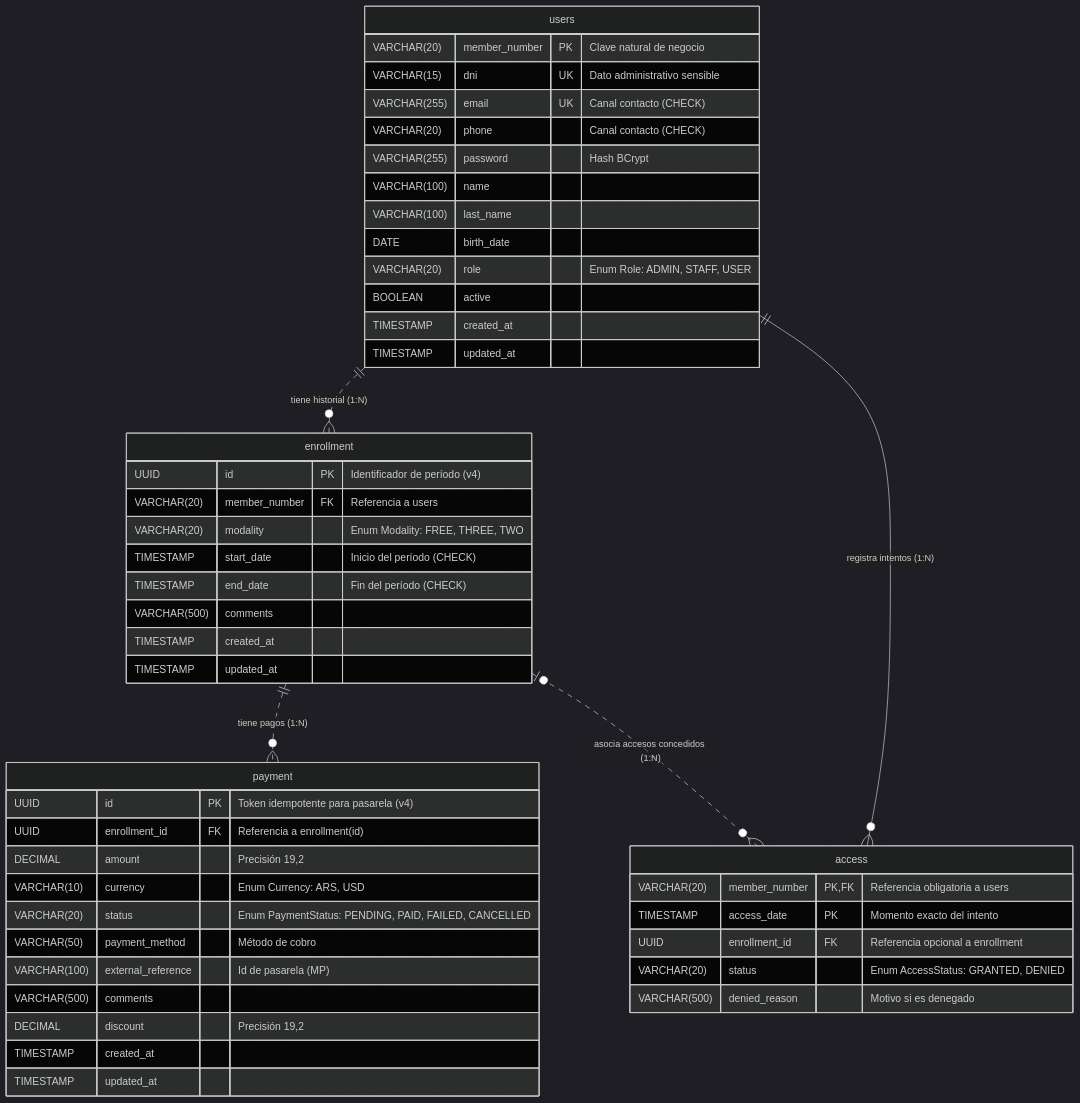
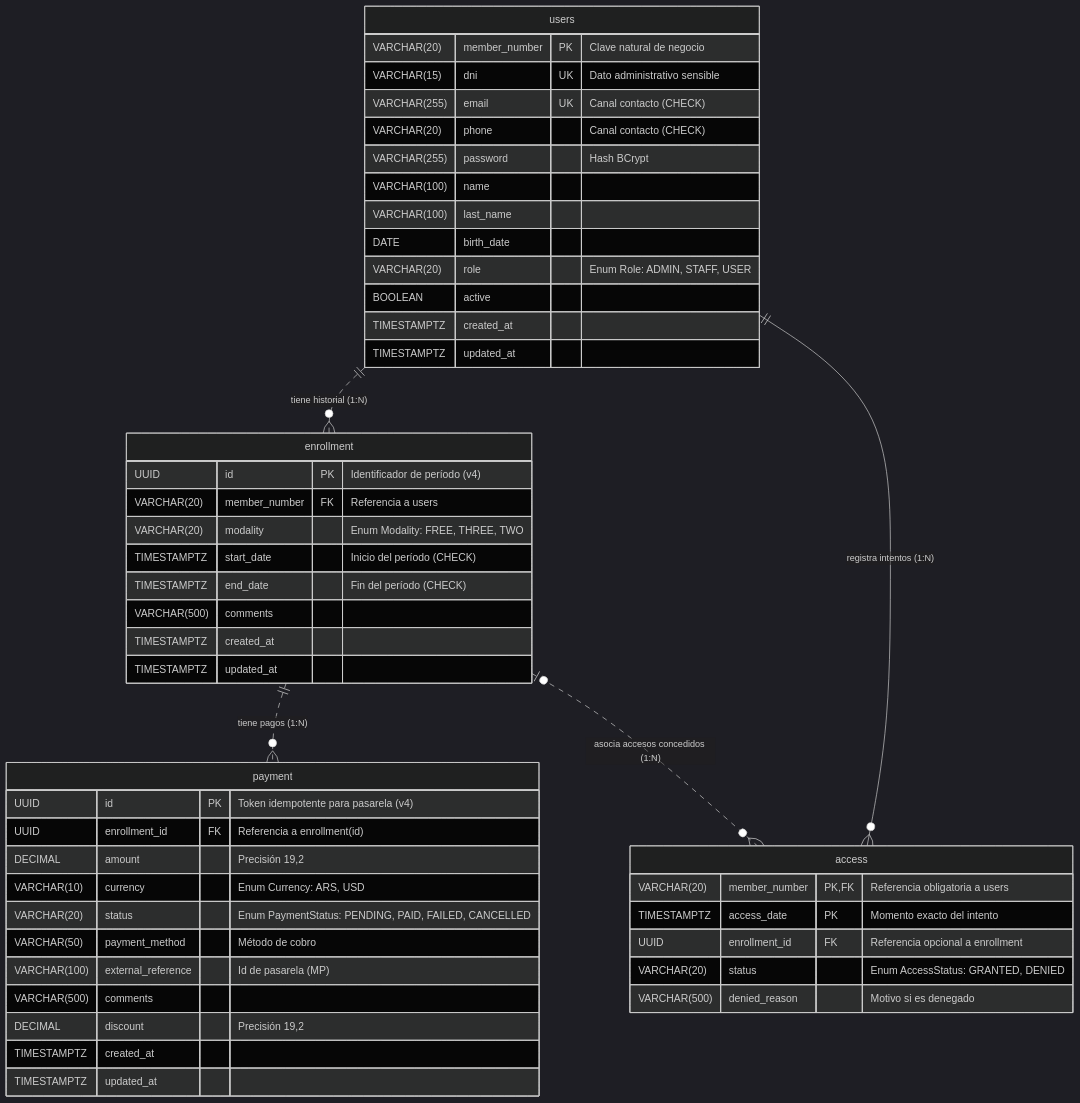
Before and after one commit to santiagovOK/TFI_grupo144: the diagram in docs/entidades.md, drawn with Mermaid (dark theme). The commit also changed other lines of this file and 2 other files, not shown here.

Commit message:
refactor(schema): usar timestamptz en las fechas de eventos y auditoría

````diff
--- a/docs/entidades.md
+++ b/docs/entidades.md
@@ -7,51 +7,51 @@
 ```mermaid
 erDiagram
     users {
         VARCHAR(20) member_number PK "Clave natural de negocio"
         VARCHAR(15) dni UK "Dato administrativo sensible"
         VARCHAR(255) email UK "Canal contacto (CHECK)"
         VARCHAR(20) phone "Canal contacto (CHECK)"
         VARCHAR(255) password "Hash BCrypt"
         VARCHAR(100) name
         VARCHAR(100) last_name
         DATE birth_date
         VARCHAR(20) role "Enum Role: ADMIN, STAFF, USER"
         BOOLEAN active
-        TIMESTAMP created_at
-        TIMESTAMP updated_at
+        TIMESTAMPTZ created_at
+        TIMESTAMPTZ updated_at
     }
     enrollment {
         UUID id PK "Identificador de período (v4)"
         VARCHAR(20) member_number FK "Referencia a users"
         VARCHAR(20) modality "Enum Modality: FREE, THREE, TWO"
-        TIMESTAMP start_date "Inicio del período (CHECK)"
-        TIMESTAMP end_date "Fin del período (CHECK)"
+        TIMESTAMPTZ start_date "Inicio del período (CHECK)"
+        TIMESTAMPTZ end_date "Fin del período (CHECK)"
         VARCHAR(500) comments
-        TIMESTAMP created_at
-        TIMESTAMP updated_at
+        TIMESTAMPTZ created_at
+        TIMESTAMPTZ updated_at
     }
     payment {
         UUID id PK "Token idempotente para pasarela (v4)"
         UUID enrollment_id FK "Referencia a enrollment(id)"
         DECIMAL amount "Precisión 19,2"
         VARCHAR(10) currency "Enum Currency: ARS, USD"
         VARCHAR(20) status "Enum PaymentStatus: PENDING, PAID, FAILED, CANCELLED"
         VARCHAR(50) payment_method "Método de cobro"
         VARCHAR(100) external_reference "Id de pasarela (MP)"
         VARCHAR(500) comments
         DECIMAL discount "Precisión 19,2"
-        TIMESTAMP created_at
-        TIMESTAMP updated_at
+        TIMESTAMPTZ created_at
+        TIMESTAMPTZ updated_at
     }
     access {
         VARCHAR(20) member_number PK,FK "Referencia obligatoria a users"
-        TIMESTAMP access_date PK "Momento exacto del intento"
+        TIMESTAMPTZ access_date PK "Momento exacto del intento"
         UUID enrollment_id FK "Referencia opcional a enrollment"
         VARCHAR(20) status "Enum AccessStatus: GRANTED, DENIED"
         VARCHAR(500) denied_reason "Motivo si es denegado"
     }
     users ||..o{ enrollment : "tiene historial (1:N)"
     users ||--o{ access : "registra intentos (1:N)"
     enrollment ||..o{ payment : "tiene pagos (1:N)"
     enrollment |o..o{ access : "asocia accesos concedidos (1:N)"
 ```
````
